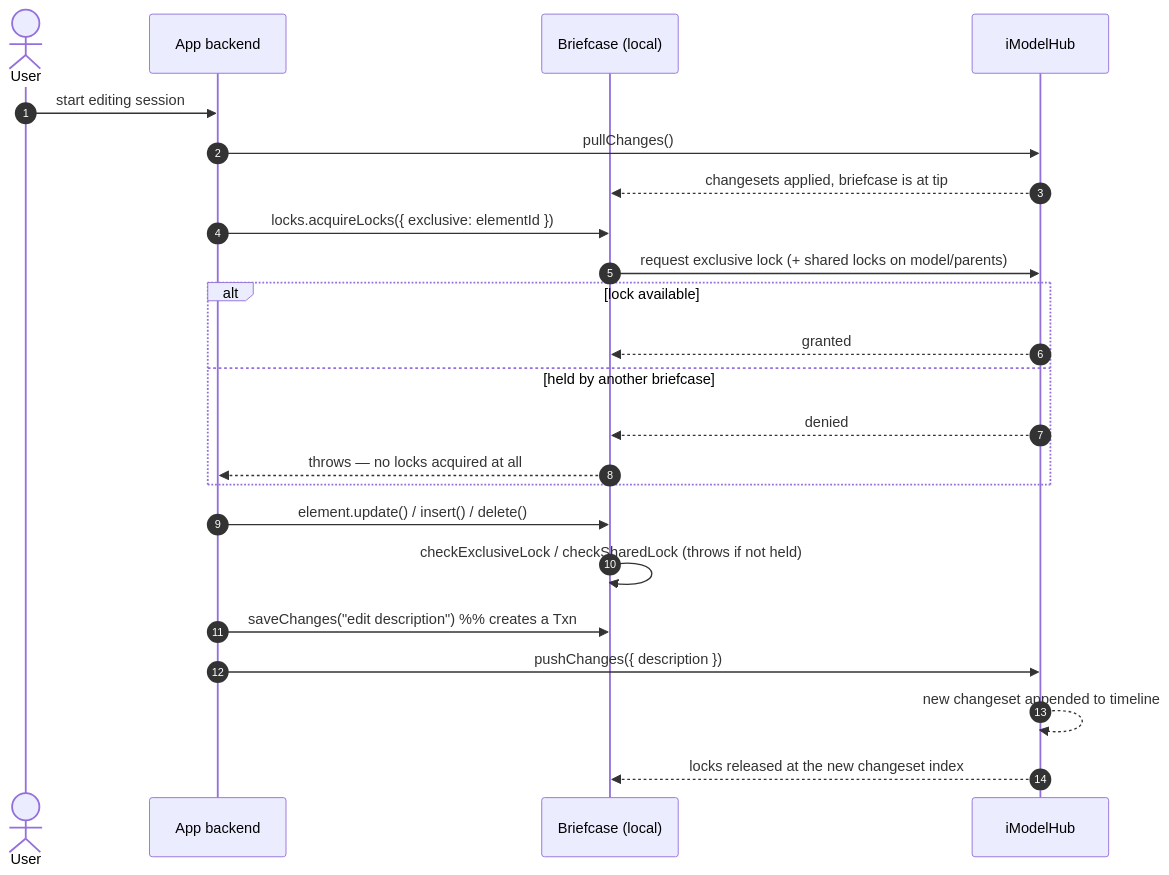
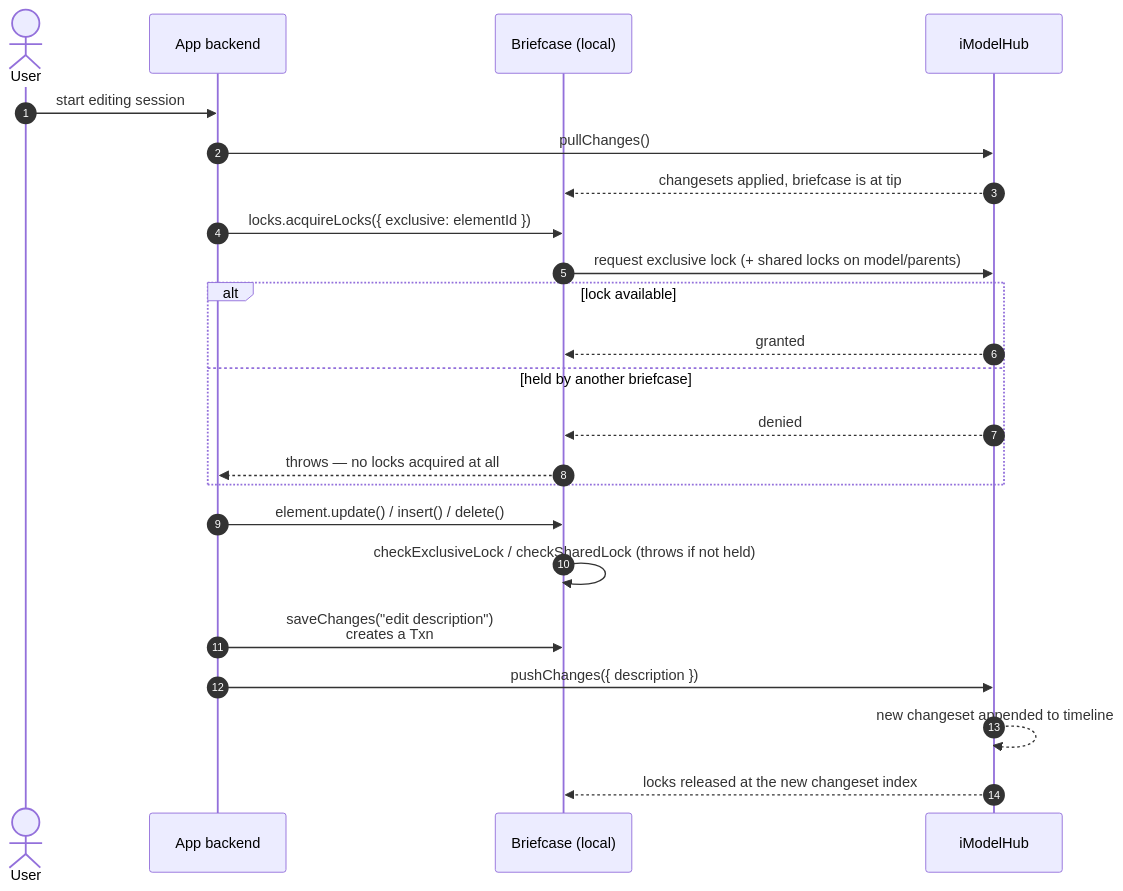
Before and after one commit to iTwin/itwinjs-core: the third of 5 diagrams in docs/learning/backend/ConcurrencyControl.md, drawn with Mermaid. The commit also changed other lines of this file and 4 other files, not shown here.

````diff
--- a/docs/learning/backend/ConcurrencyControl.md
+++ b/docs/learning/backend/ConcurrencyControl.md
@@ -100,26 +103,26 @@
 ```mermaid
 sequenceDiagram
     autonumber
     actor User
     participant App as App backend
     participant BC as Briefcase (local)
     participant Hub as iModelHub
 
     User->>App: start editing session
     App->>Hub: pullChanges()
     Hub-->>BC: changesets applied, briefcase is at tip
     App->>BC: locks.acquireLocks({ exclusive: elementId })
     BC->>Hub: request exclusive lock (+ shared locks on model/parents)
     alt lock available
         Hub-->>BC: granted
     else held by another briefcase
         Hub-->>BC: denied
         BC-->>App: throws — no locks acquired at all
     end
     App->>BC: element.update() / insert() / delete()
     BC->>BC: checkExclusiveLock / checkSharedLock (throws if not held)
-    App->>BC: saveChanges("edit description")  %% creates a Txn
+    App->>BC: saveChanges("edit description")<br/>creates a Txn
     App->>Hub: pushChanges({ description })
     Hub-->>Hub: new changeset appended to timeline
     Hub-->>BC: locks released at the new changeset index
 ```
````
